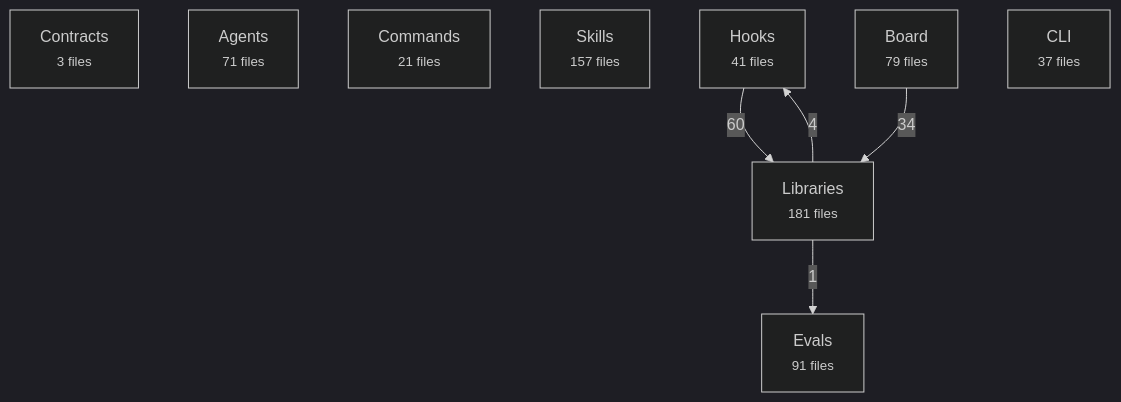
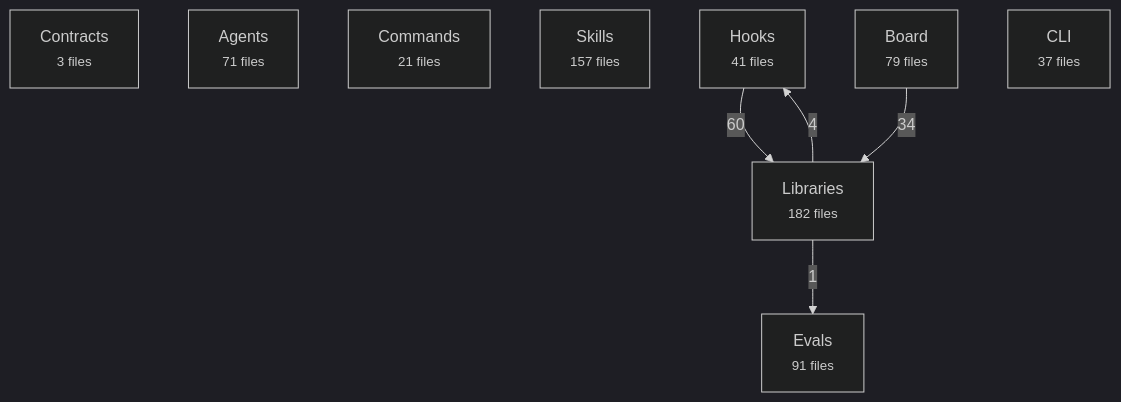
The first of 2 diagrams in docs/reference/architecture-map.md (avelikiy/great_cto), drawn with Mermaid (dark theme) before and after one commit. The commit also changed other lines of this file and 10 other files, not shown here.

````diff
--- a/docs/reference/architecture-map.md
+++ b/docs/reference/architecture-map.md
@@ -20,16 +20,16 @@
 ```mermaid
 flowchart TD
   contracts["Contracts<br/><small>3 files</small>"]
   agents["Agents<br/><small>71 files</small>"]
   commands["Commands<br/><small>21 files</small>"]
   skills["Skills<br/><small>157 files</small>"]
   hooks["Hooks<br/><small>41 files</small>"]
-  libs["Libraries<br/><small>181 files</small>"]
+  libs["Libraries<br/><small>182 files</small>"]
   board["Board<br/><small>79 files</small>"]
   cli["CLI<br/><small>37 files</small>"]
   evals["Evals<br/><small>91 files</small>"]
   hooks -->|60| libs
   board -->|34| libs
   libs -->|4| hooks
   libs -->|1| evals
 ```
````
